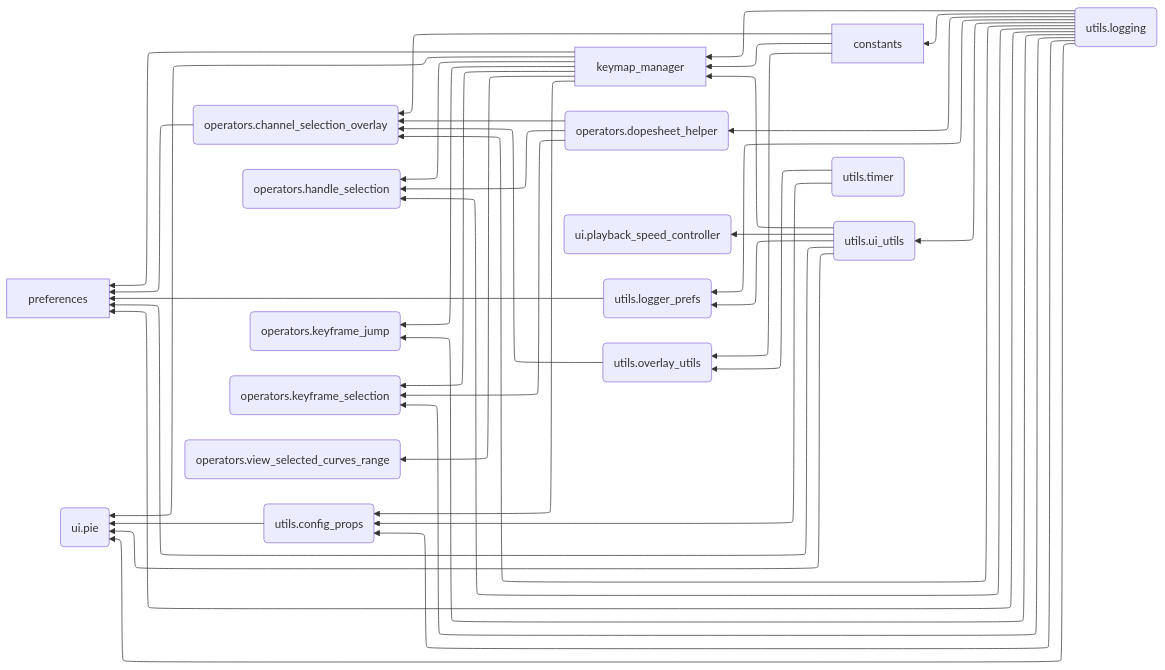
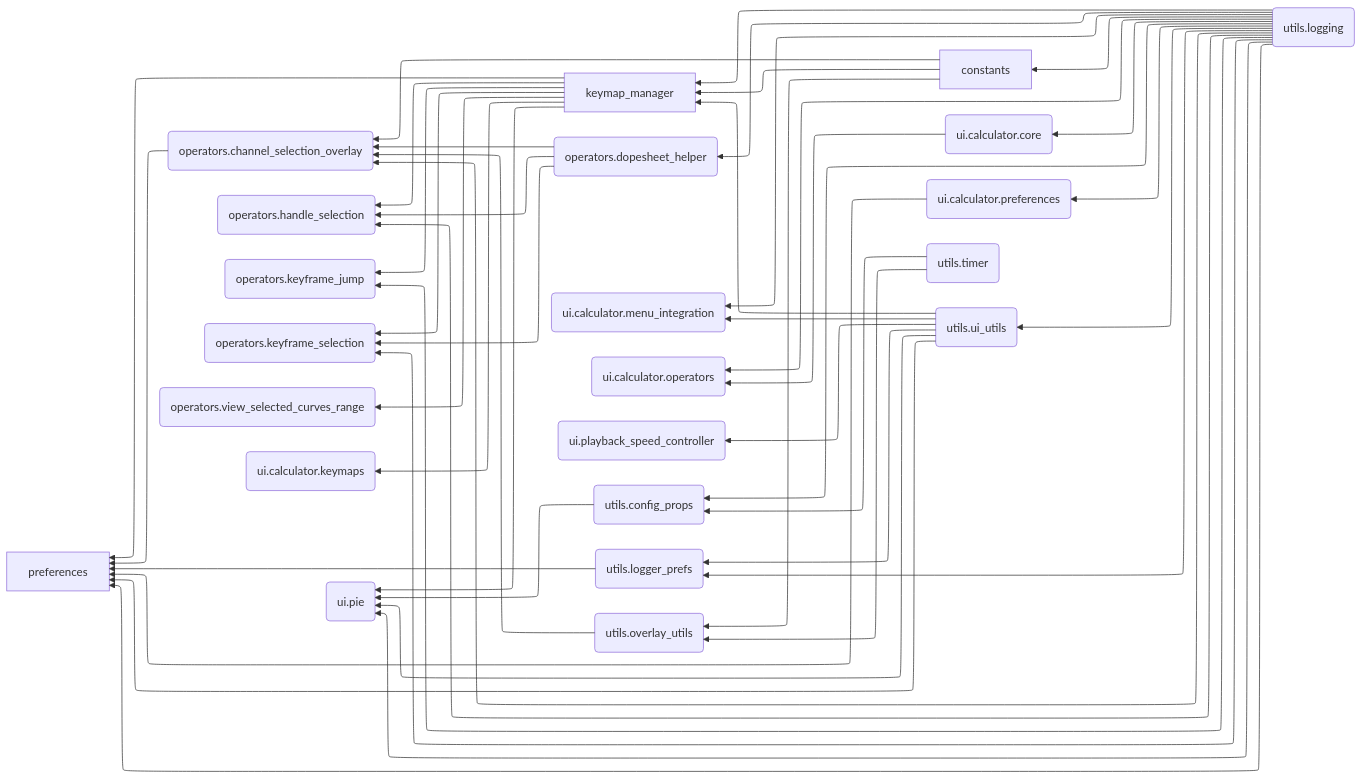
Before and after one commit to Pluglug/graph_monkey: the diagram in docs/debug/module_dependencies.mmd, drawn with Mermaid. The commit also changed 10 other files, not shown here.

```diff
--- a/docs/debug/module_dependencies.mmd
+++ b/docs/debug/module_dependencies.mmd
@@ -1,61 +1,73 @@
 ---
 config:
   theme: mc
   layout: elk
   flowchart:
     curve: basis
 ---
 flowchart RL
     constants[constants]
     keymap_manager[keymap_manager]
     operators_channel_selection_overlay(operators.channel_selection_overlay)
     operators_dopesheet_helper(operators.dopesheet_helper)
     operators_handle_selection(operators.handle_selection)
     operators_keyframe_jump(operators.keyframe_jump)
     operators_keyframe_selection(operators.keyframe_selection)
     operators_view_selected_curves_range(operators.view_selected_curves_range)
     preferences[preferences]
+    ui_calculator_core(ui.calculator.core)
+    ui_calculator_keymaps(ui.calculator.keymaps)
+    ui_calculator_menu_integration(ui.calculator.menu_integration)
+    ui_calculator_operators(ui.calculator.operators)
+    ui_calculator_preferences(ui.calculator.preferences)
     ui_pie(ui.pie)
     ui_playback_speed_controller(ui.playback_speed_controller)
     utils_config_props(utils.config_props)
     utils_logger_prefs(utils.logger_prefs)
     utils_logging(utils.logging)
     utils_overlay_utils(utils.overlay_utils)
     utils_timer(utils.timer)
     utils_ui_utils(utils.ui_utils)
     constants --> keymap_manager
     constants --> operators_channel_selection_overlay
     constants --> utils_overlay_utils
     keymap_manager --> operators_handle_selection
     keymap_manager --> operators_keyframe_jump
     keymap_manager --> operators_keyframe_selection
     keymap_manager --> operators_view_selected_curves_range
     keymap_manager --> preferences
+    keymap_manager --> ui_calculator_keymaps
     keymap_manager --> ui_pie
-    keymap_manager --> utils_config_props
     operators_channel_selection_overlay --> preferences
     operators_dopesheet_helper --> operators_channel_selection_overlay
     operators_dopesheet_helper --> operators_handle_selection
     operators_dopesheet_helper --> operators_keyframe_selection
+    ui_calculator_core --> ui_calculator_operators
+    ui_calculator_preferences --> preferences
     utils_config_props --> ui_pie
     utils_logger_prefs --> preferences
     utils_logging --> constants
     utils_logging --> keymap_manager
     utils_logging --> operators_channel_selection_overlay
     utils_logging --> operators_dopesheet_helper
     utils_logging --> operators_handle_selection
     utils_logging --> operators_keyframe_jump
     utils_logging --> operators_keyframe_selection
     utils_logging --> preferences
+    utils_logging --> ui_calculator_core
+    utils_logging --> ui_calculator_menu_integration
+    utils_logging --> ui_calculator_operators
+    utils_logging --> ui_calculator_preferences
     utils_logging --> ui_pie
     utils_logging --> utils_config_props
     utils_logging --> utils_logger_prefs
     utils_logging --> utils_ui_utils
     utils_overlay_utils --> operators_channel_selection_overlay
     utils_timer --> utils_config_props
     utils_timer --> utils_overlay_utils
     utils_ui_utils --> keymap_manager
     utils_ui_utils --> preferences
+    utils_ui_utils --> ui_calculator_menu_integration
     utils_ui_utils --> ui_pie
     utils_ui_utils --> ui_playback_speed_controller
     utils_ui_utils --> utils_logger_prefs
```
